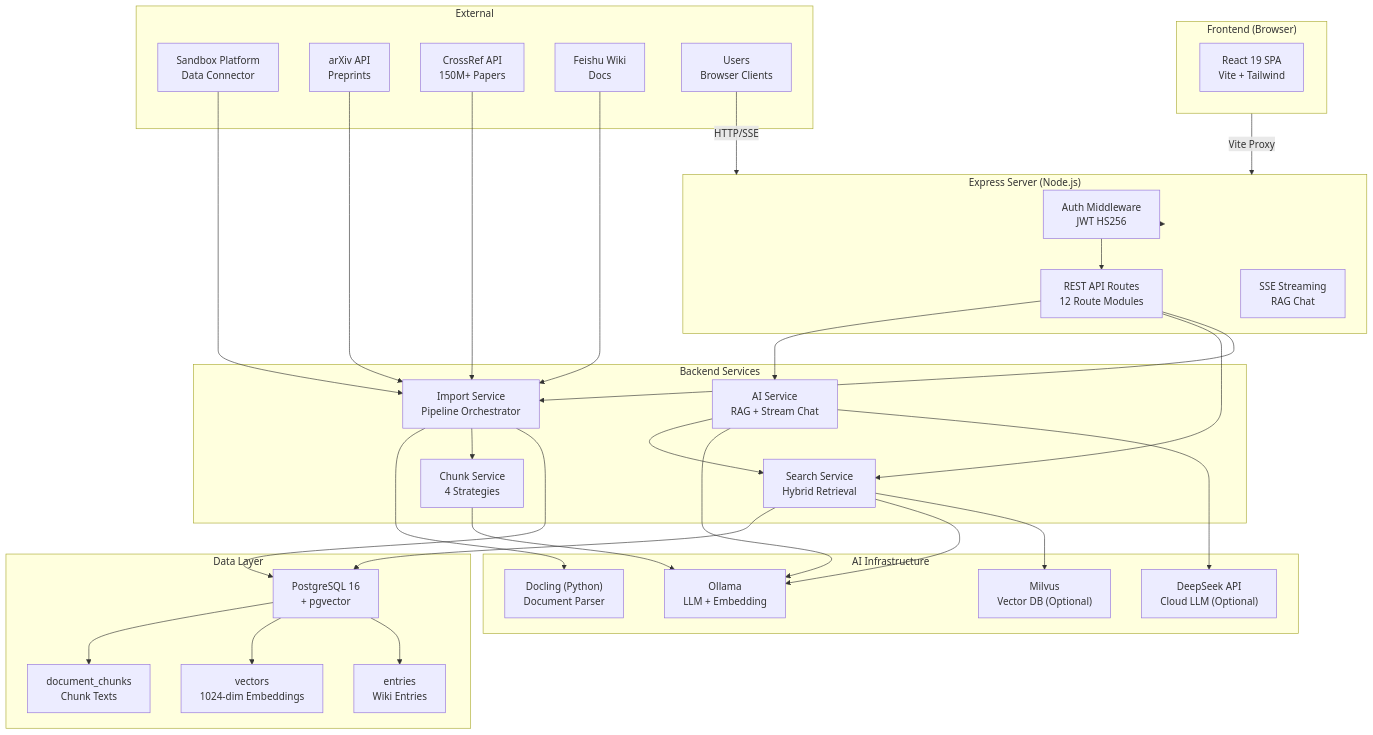
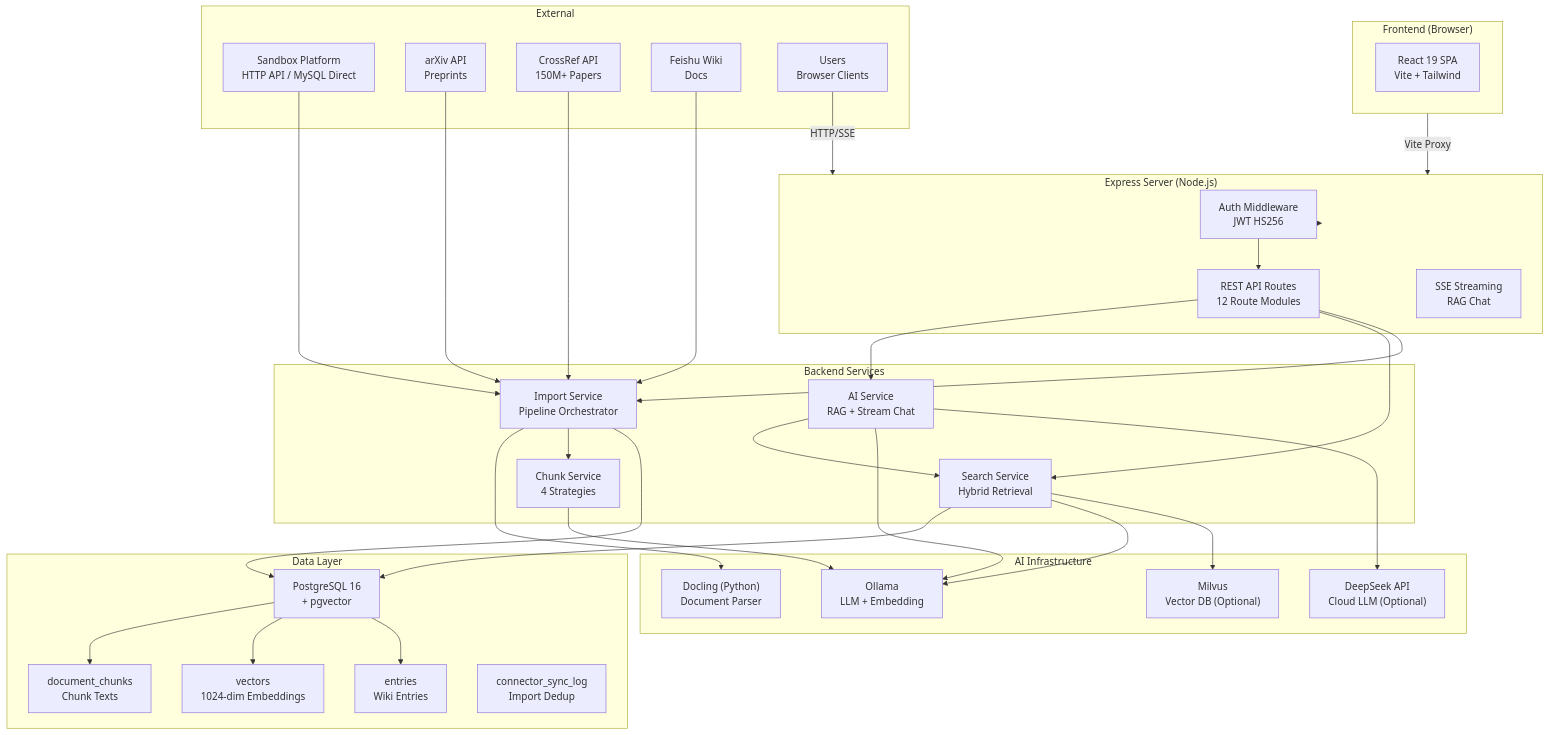
Before and after one commit to zzh-116/MicroEra-Wiki-MVP: the diagram in docs/handover/02_System_Architecture.md, drawn with Mermaid. The commit also changed 19 other files, not shown here.

````diff
--- a/docs/handover/02_System_Architecture.md
+++ b/docs/handover/02_System_Architecture.md
@@ -10,66 +10,67 @@
 ```mermaid
 graph TB
     subgraph Frontend["Frontend (Browser)"]
         React["React 19 SPA<br/>Vite + Tailwind"]
     end
 
     subgraph Express["Express Server (Node.js)"]
         Auth["Auth Middleware<br/>JWT HS256"]
         API["REST API Routes<br/>12 Route Modules"]
         SSE["SSE Streaming<br/>RAG Chat"]
     end
 
     subgraph Services["Backend Services"]
         AI["AI Service<br/>RAG + Stream Chat"]
         Search["Search Service<br/>Hybrid Retrieval"]
         Import["Import Service<br/>Pipeline Orchestrator"]
         ChunkSvc["Chunk Service<br/>4 Strategies"]
     end
 
     subgraph Data["Data Layer"]
         PG["PostgreSQL 16<br/>+ pgvector"]
         Chunks["document_chunks<br/>Chunk Texts"]
         Vectors["vectors<br/>1024-dim Embeddings"]
         Entries["entries<br/>Wiki Entries"]
+        SyncLog["connector_sync_log<br/>Import Dedup"]
     end
 
     subgraph AI_Infra["AI Infrastructure"]
         Ollama["Ollama<br/>LLM + Embedding"]
         Docling["Docling (Python)<br/>Document Parser"]
         DeepSeek["DeepSeek API<br/>Cloud LLM (Optional)"]
         Milvus["Milvus<br/>Vector DB (Optional)"]
     end
 
     subgraph External["External"]
-        Sandbox["Sandbox Platform<br/>Data Connector"]
+        Sandbox["Sandbox Platform<br/>HTTP API / MySQL Direct"]
         Arxiv["arXiv API<br/>Preprints"]
         CrossRef["CrossRef API<br/>150M+ Papers"]
         Feishu["Feishu Wiki<br/>Docs"]
         Users["Users<br/>Browser Clients"]
     end
 
     Users -->|HTTP/SSE| Express
     Express --> Auth
     Auth --> API
     API --> AI
     API --> Search
     API --> Import
     AI --> Search
     Search --> PG
     Import --> Docling
     Import --> ChunkSvc
     ChunkSvc --> Ollama
     AI --> Ollama
     AI --> DeepSeek
     Search --> Ollama
     Search --> Milvus
     Import --> PG
     PG --> Chunks
     PG --> Vectors
     PG --> Entries
     Sandbox --> Import
     Arxiv --> Import
     CrossRef --> Import
     Feishu --> Import
     Frontend -->|Vite Proxy| Express
 ```
````
